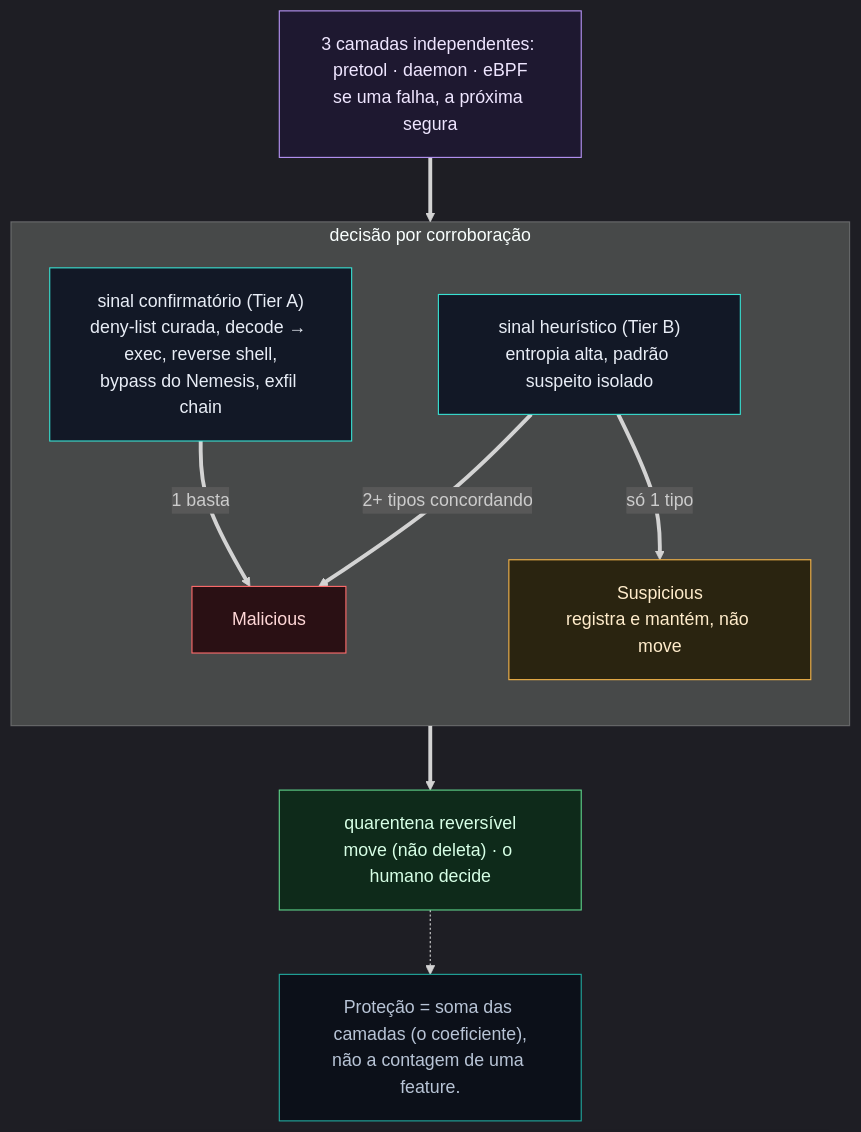
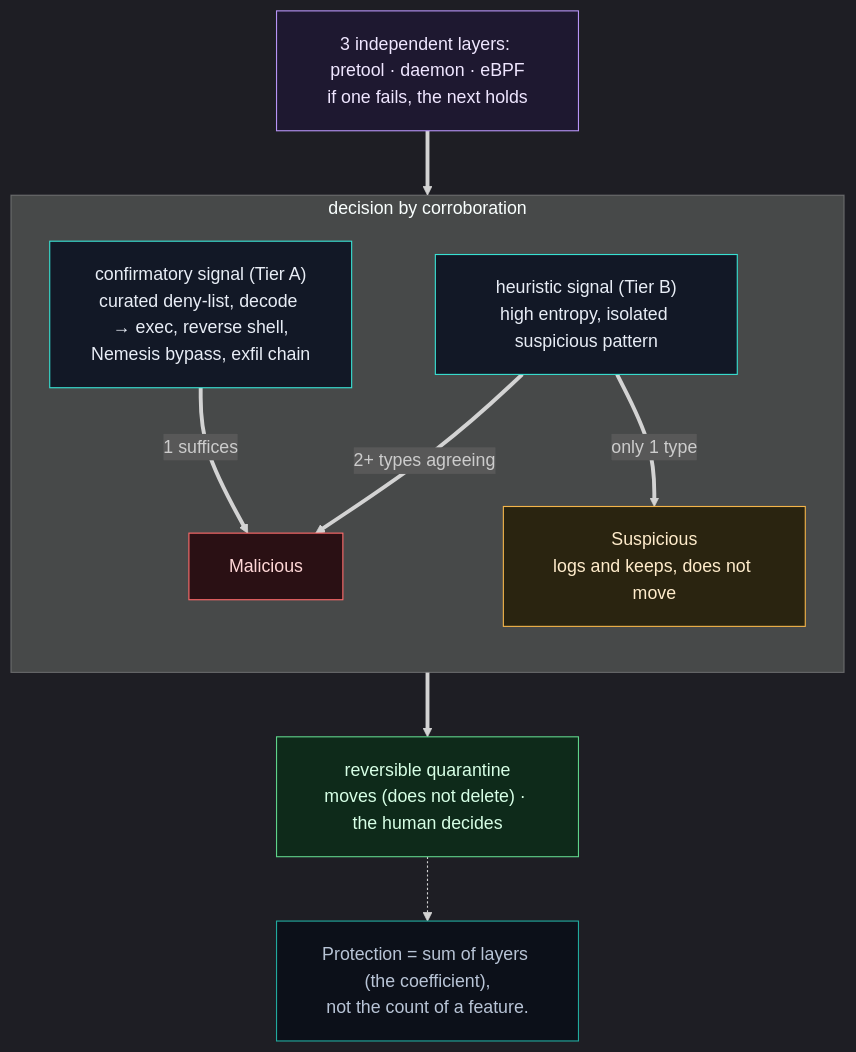
Before and after one commit to feryamaha/Nemesis_Defender_v0: the diagram in onboarding/diagramas/9-defesa-profundidade-decisao.mmd, drawn with Mermaid. The commit also changed 67 other files, not shown here.

```diff
--- a/onboarding/diagramas/9-defesa-profundidade-decisao.mmd
+++ b/onboarding/diagramas/9-defesa-profundidade-decisao.mmd
@@ -1,25 +1,25 @@
 %%{init: {"theme":"dark", "flowchart": {"htmlLabels": true, "curve": "basis", "padding": 18, "nodeSpacing": 50, "rankSpacing": 58}}}%%
 flowchart TB
-IND["3 camadas independentes: pretool · daemon · eBPF<br/>se uma falha, a próxima segura"]
+IND["3 independent layers: pretool · daemon · eBPF<br/>if one fails, the next holds"]
 IND ==> DEC
-subgraph DEC["decisão por corroboração"]
+subgraph DEC["decision by corroboration"]
   direction TB
-  TA["sinal confirmatório (Tier A)<br/>deny-list curada, decode → exec, reverse shell,<br/>bypass do Nemesis, exfil chain"] ==>|"1 basta"| MAL["Malicious"]
-  TB2["sinal heurístico (Tier B)<br/>entropia alta, padrão suspeito isolado"] ==>|"só 1 tipo"| SUS["Suspicious<br/>registra e mantém, não move"]
-  TB2 ==>|"2+ tipos concordando"| MAL
+  TA["confirmatory signal (Tier A)<br/>curated deny-list, decode → exec, reverse shell,<br/>Nemesis bypass, exfil chain"] ==>|"1 suffices"| MAL["Malicious"]
+  TB2["heuristic signal (Tier B)<br/>high entropy, isolated suspicious pattern"] ==>|"only 1 type"| SUS["Suspicious<br/>logs and keeps, does not move"]
+  TB2 ==>|"2+ types agreeing"| MAL
 end
-MAL ==> QR["quarentena reversível<br/>move (não deleta) · o humano decide"]
-QR -.-> COEF["Proteção = soma das camadas (o coeficiente),<br/>não a contagem de uma feature."]
+MAL ==> QR["reversible quarantine<br/>moves (does not delete) · the human decides"]
+QR -.-> COEF["Protection = sum of layers (the coefficient),<br/>not the count of a feature."]
 
 classDef ind fill:#1e1830,stroke:#b794f6,color:#efe6ff;
 classDef step fill:#121826,stroke:#38e1d3,color:#e8edf6;
 classDef mal fill:#2a1014,stroke:#ff6b6b,color:#ffd7d7;
 classDef sus fill:#2a2410,stroke:#f5b54a,color:#ffeccb;
 classDef qz fill:#0e2a1a,stroke:#5fd38a,color:#d7ffe6;
 classDef note fill:#0c1019,stroke:#21a99e,color:#b8c4d6;
 class IND ind;
 class TA,TB2 step;
 class MAL mal;
 class SUS sus;
 class QR qz;
 class COEF note;
```
